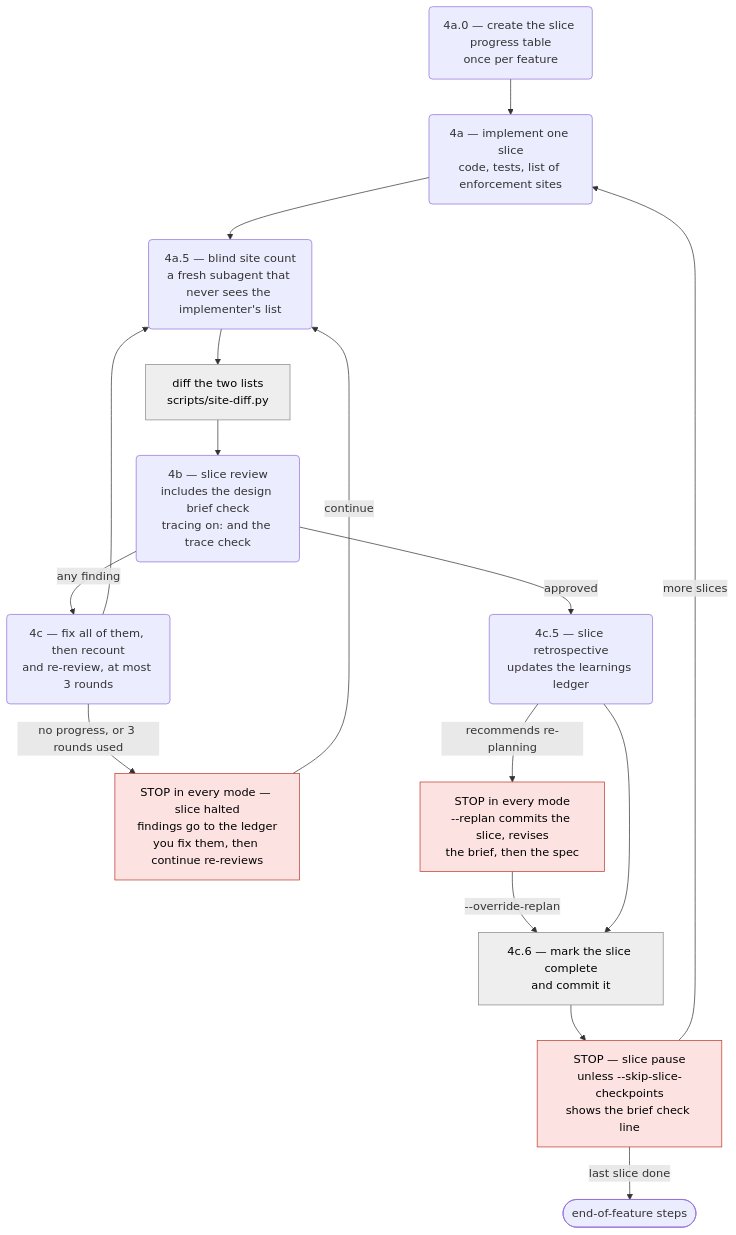
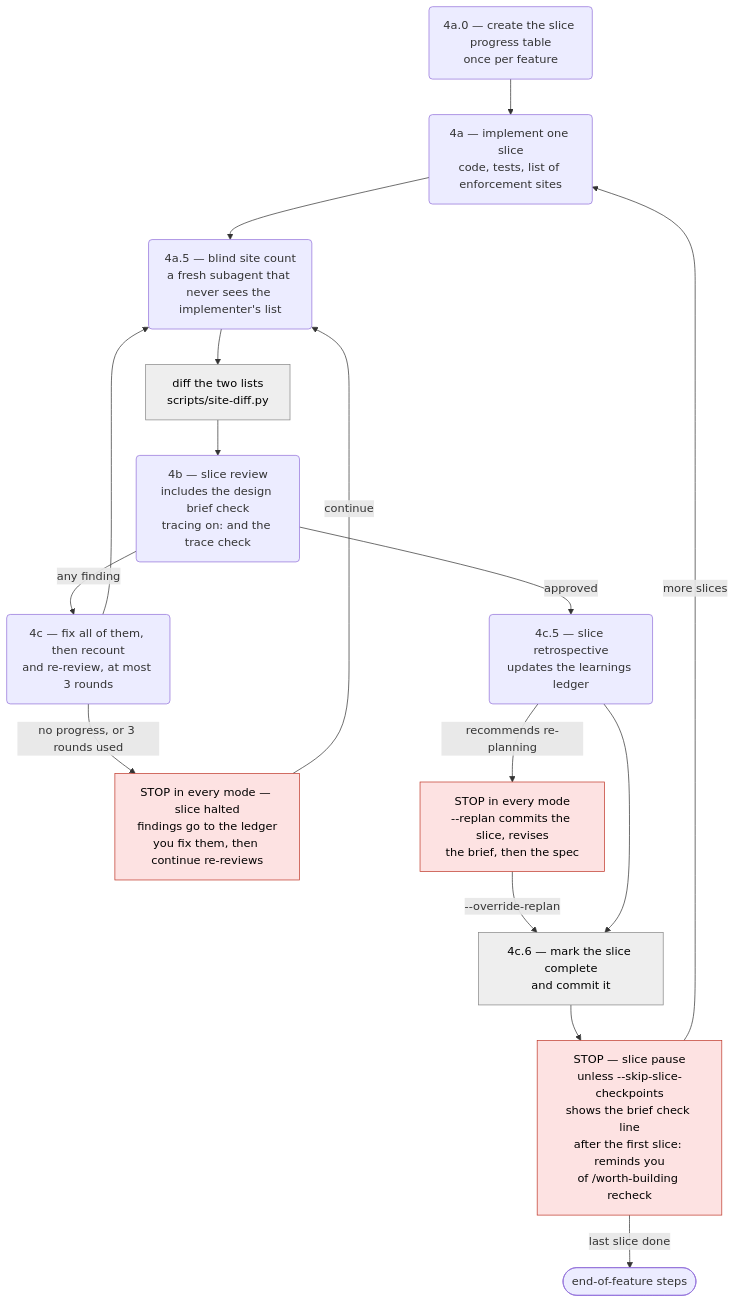
Before and after one commit to pablooliva/claude-plugins: the third of 4 diagrams in agent-engineering/docs/sdd-flow-diagram.md, drawn with Mermaid. The commit also changed other lines of this file and 6 other files, not shown here.

First line of the commit message:
ae(3.10.1): sdd-flow reminds you of worth-building, twice

````diff
--- a/agent-engineering/docs/sdd-flow-diagram.md
+++ b/agent-engineering/docs/sdd-flow-diagram.md
@@ -93,21 +93,21 @@
 ```mermaid
 flowchart TD
     scaffold("4a.0 — create the slice progress table<br/>once per feature") --> impl("4a — implement one slice<br/>code, tests, list of enforcement sites")
     impl --> count("4a.5 — blind site count<br/>a fresh subagent that never sees the implementer's list")
     count --> diff["diff the two lists<br/>scripts/site-diff.py"]:::orch
     diff --> review("4b — slice review<br/>includes the design brief check<br/>tracing on: and the trace check")
     review -- "any finding" --> fix("4c — fix all of them, then recount<br/>and re-review, at most 3 rounds")
     fix --> count
     fix -- "no progress, or 3 rounds used" --> halt["STOP in every mode — slice halted<br/>findings go to the ledger<br/>you fix them, then continue re-reviews"]:::stop
     halt -- "continue" --> count
     review -- "approved" --> retro("4c.5 — slice retrospective<br/>updates the learnings ledger")
     retro -- "recommends re-planning" --> replan["STOP in every mode<br/>--replan commits the slice, revises<br/>the brief, then the spec"]:::stop
     replan -- "--override-replan" --> commit
     retro --> commit["4c.6 — mark the slice complete<br/>and commit it"]:::orch
-    commit --> pause["STOP — slice pause<br/>unless --skip-slice-checkpoints<br/>shows the brief check line"]:::stop
+    commit --> pause["STOP — slice pause<br/>unless --skip-slice-checkpoints<br/>shows the brief check line<br/>after the first slice: reminds you<br/>of /worth-building recheck"]:::stop
     pause -- "more slices" --> impl
     pause -- "last slice done" --> eof(["end-of-feature steps"])
 
     classDef stop fill:#fde2e2,stroke:#c0392b,color:#000
     classDef orch fill:#eeeeee,stroke:#888888,color:#000
 ```
````
